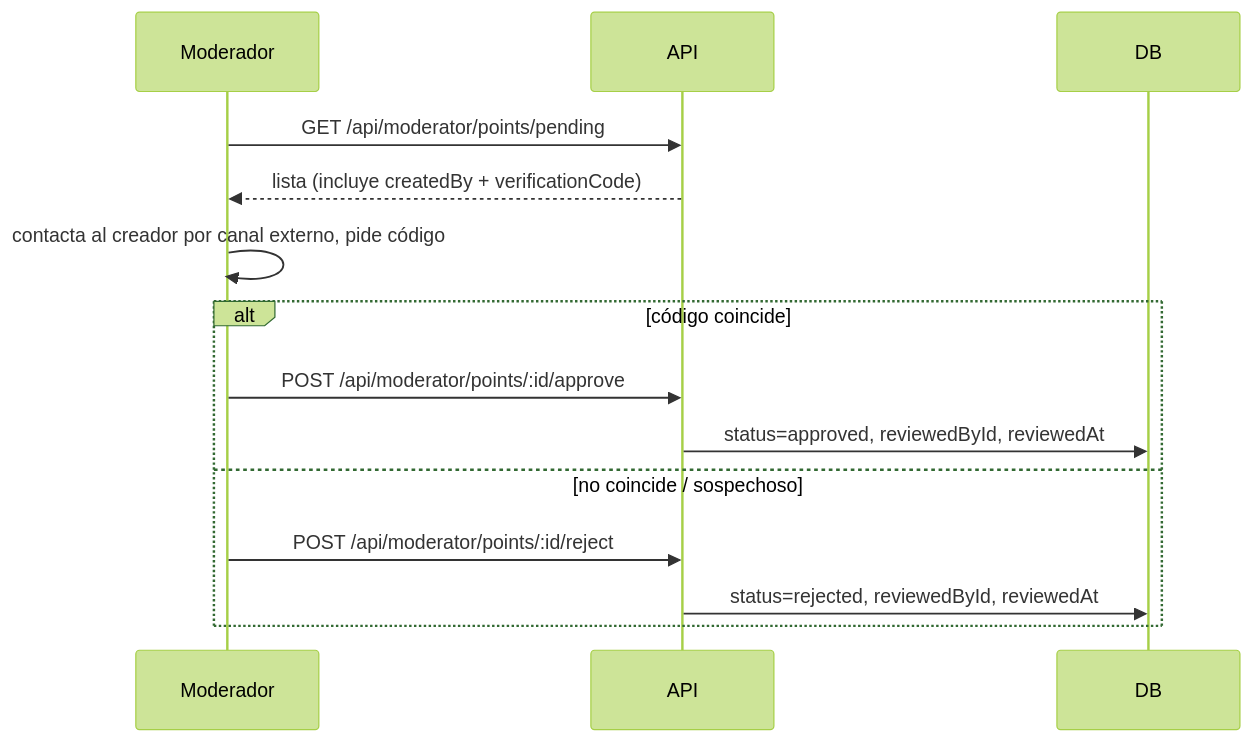
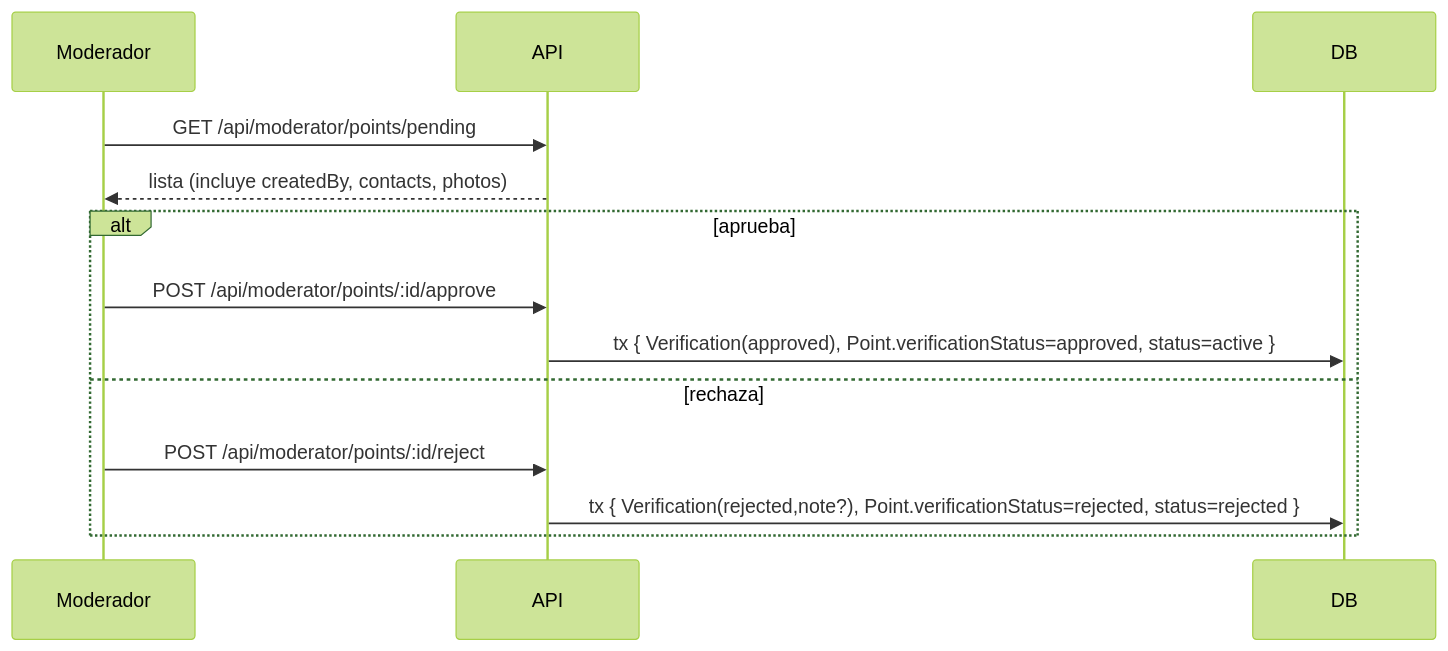
One commit to santigou/ayudaporcolombia changed the first of 2 diagrams in docs/obsidian/Flujo de moderación.md. Above: the diagram before and after it, drawn with Mermaid (forest theme). The commit also changed other lines of this file and 62 other files, not shown here.

````diff
--- a/docs/obsidian/Flujo de moderación.md
+++ b/docs/obsidian/Flujo de moderación.md
@@ -15,16 +15,15 @@
 ```mermaid
 sequenceDiagram
     participant M as Moderador
     participant A as API
     participant DB
     M->>A: GET /api/moderator/points/pending
-    A-->>M: lista (incluye createdBy + verificationCode)
-    M->>M: contacta al creador por canal externo, pide código
-    alt código coincide
+    A-->>M: lista (incluye createdBy, contacts, photos)
+    alt aprueba
         M->>A: POST /api/moderator/points/:id/approve
-        A->>DB: status=approved, reviewedById, reviewedAt
-    else no coincide / sospechoso
+        A->>DB: tx { Verification(approved), Point.verificationStatus=approved, status=active }
+    else rechaza
         M->>A: POST /api/moderator/points/:id/reject
-        A->>DB: status=rejected, reviewedById, reviewedAt
+        A->>DB: tx { Verification(rejected,note?), Point.verificationStatus=rejected, status=rejected }
     end
 ```
````
